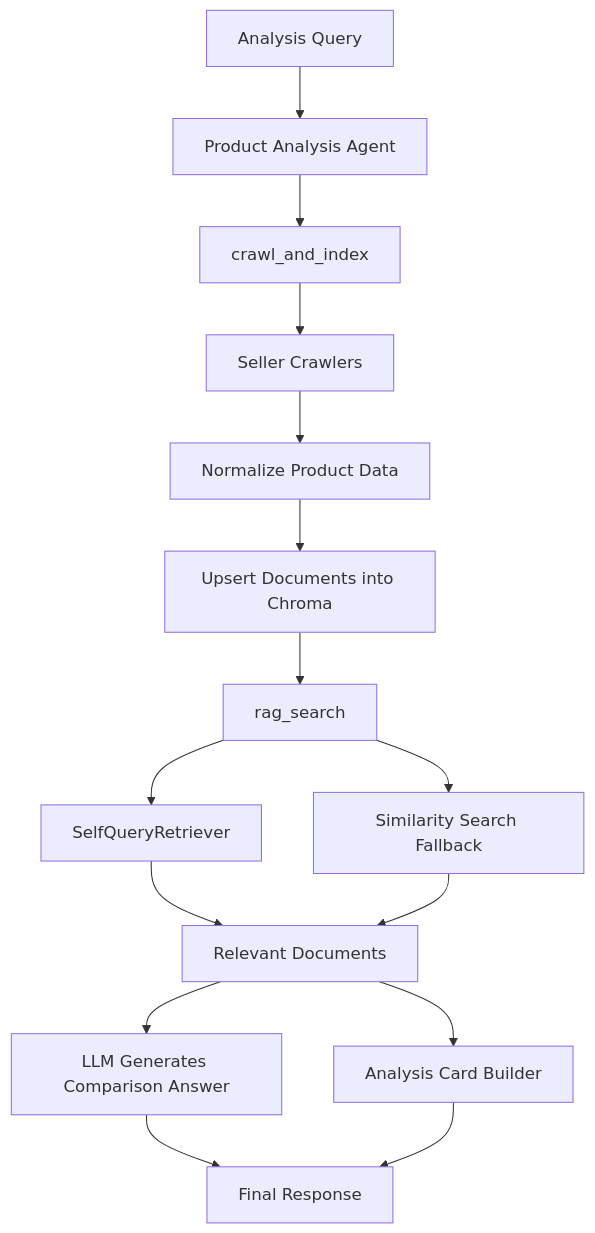
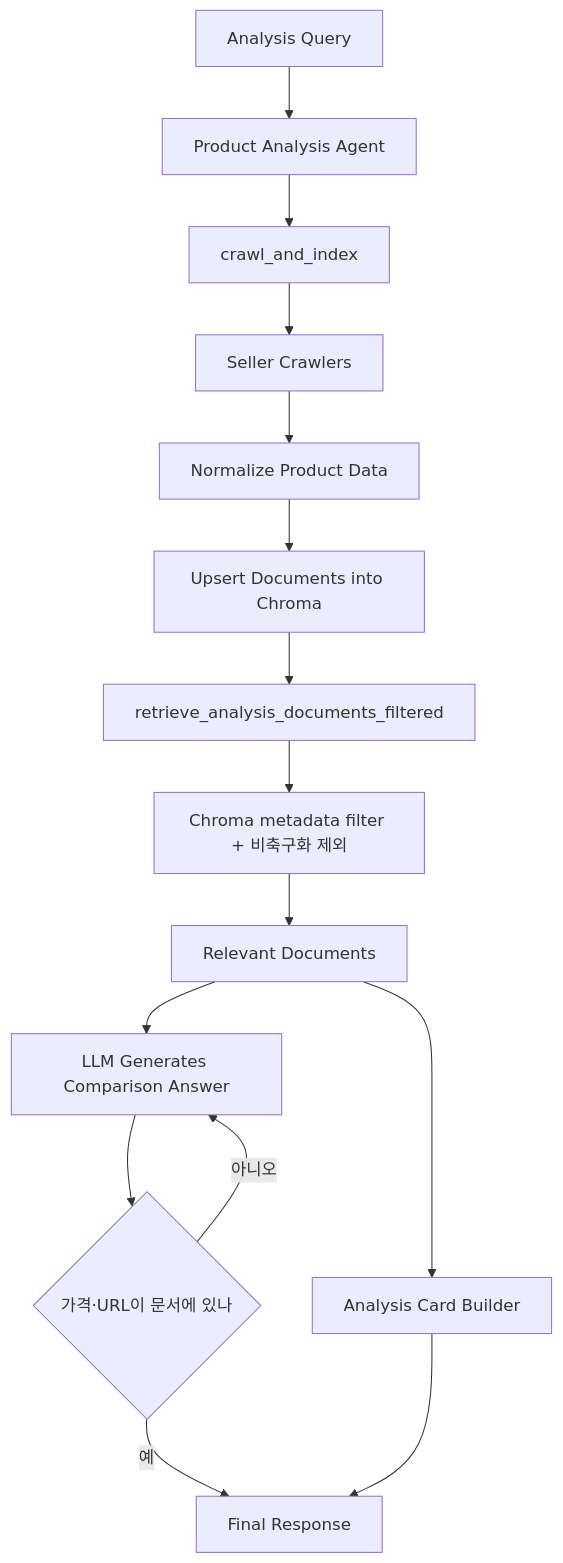
The third of 3 diagrams in README.md (DataChuLee/buyer-agent-web), drawn with Mermaid before and after one commit. The commit also changed other lines of this file, not shown here.

Commit message:
docs(readme): add evaluation results and update RAG pipeline diagram

````diff
--- a/README.md
+++ b/README.md
@@ -154,17 +177,17 @@
 ```mermaid
 flowchart TD
     Q[Analysis Query] --> A[Product Analysis Agent]
     A --> B[crawl_and_index]
     B --> C[Seller Crawlers]
     C --> D[Normalize Product Data]
     D --> E[Upsert Documents into Chroma]
-    E --> F[rag_search]
-    F --> G[SelfQueryRetriever]
-    F --> H[Similarity Search Fallback]
+    E --> F[retrieve_analysis_documents_filtered]
+    F --> G[Chroma metadata filter + 비축구화 제외]
     G --> I[Relevant Documents]
-    H --> I
     I --> J[LLM Generates Comparison Answer]
+    J --> M{가격·URL이 문서에 있나}
+    M -->|아니오| J
     I --> K[Analysis Card Builder]
-    J --> L[Final Response]
+    M -->|예| L[Final Response]
     K --> L
 ```
````
